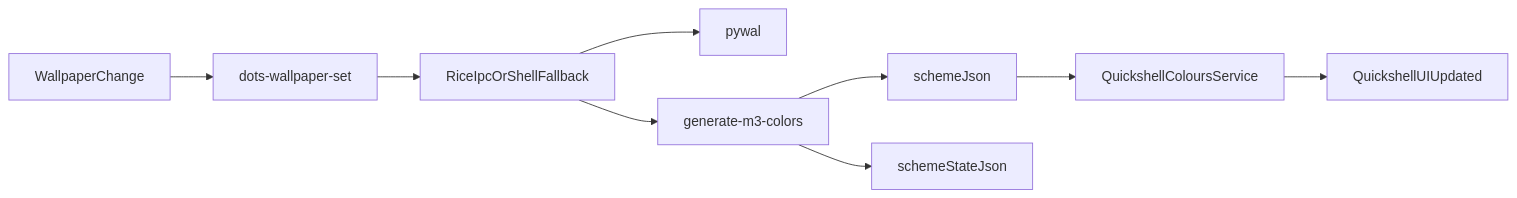
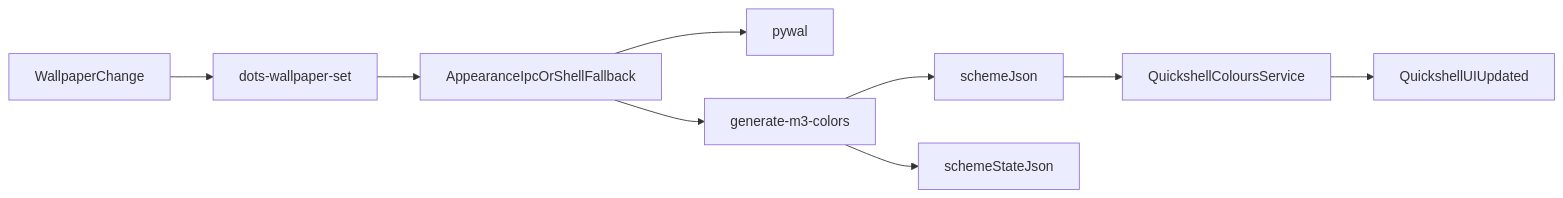
One commit to ulises-jeremias/dotfiles changed the diagram in docs/wiki/Smart-Colors-System.md. Above: the diagram before and after it, drawn with Mermaid. The commit also changed other lines of this file and 9 other files, not shown here.

First line of the commit message:
fix(appearance): close remaining GTK/wal consistency gaps

````diff
--- a/docs/wiki/Smart-Colors-System.md
+++ b/docs/wiki/Smart-Colors-System.md
@@ -56,11 +58,11 @@
 ```mermaid
 flowchart LR
   wallpaper[WallpaperChange] --> set[dots-wallpaper-set]
-  set --> rice[RiceIpcOrShellFallback]
-  rice --> wal[pywal]
-  rice --> m3[generate-m3-colors]
+  set --> appearance[AppearanceIpcOrShellFallback]
+  appearance --> wal[pywal]
+  appearance --> m3[generate-m3-colors]
   m3 --> scheme[schemeJson]
   m3 --> state[schemeStateJson]
   scheme --> colours[QuickshellColoursService]
   colours --> ui[QuickshellUIUpdated]
 ```
````
